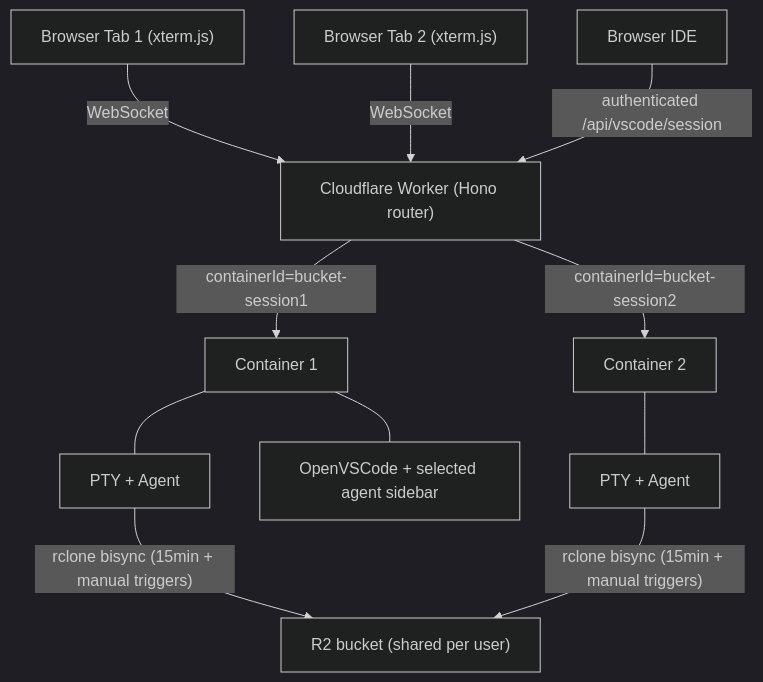
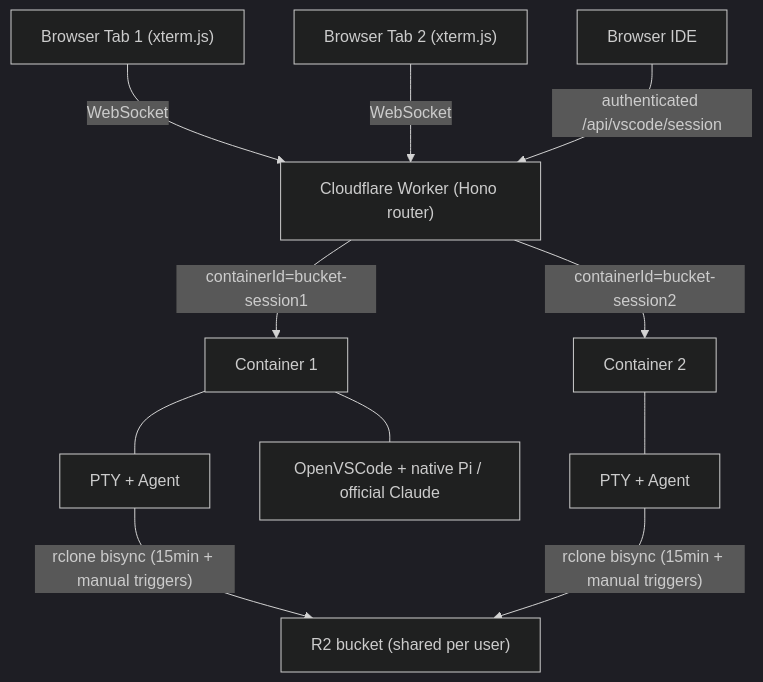
The first of 11 diagrams in documentation/lanes/architecture.md (nikolanovoselec/codeflare), drawn with Mermaid (dark theme) before and after one commit. The commit also changed other lines of this file and 52 other files, not shown here.

Commit message:
feat: use native IDE agent integrations

````diff
--- a/documentation/lanes/architecture.md
+++ b/documentation/lanes/architecture.md
@@ -24,13 +24,13 @@
 ```mermaid
 graph TD
     B1["Browser Tab 1 (xterm.js)"] -->|WebSocket| W["Cloudflare Worker (Hono router)"]
     B2["Browser Tab 2 (xterm.js)"] -->|WebSocket| W
     BI["Browser IDE"] -->|"authenticated /api/vscode/session"| W
     W -->|"containerId=bucket-session1"| C1["Container 1"]
     W -->|"containerId=bucket-session2"| C2["Container 2"]
     C1 --- P1["PTY + Agent"]
-    C1 --- O1["OpenVSCode + selected agent sidebar"]
+    C1 --- O1["OpenVSCode + native Pi / official Claude"]
     C2 --- P2["PTY + Agent"]
     P1 -->|"rclone bisync (15min + manual triggers)"| R2["R2 bucket (shared per user)"]
     P2 -->|"rclone bisync (15min + manual triggers)"| R2
 ```
````
